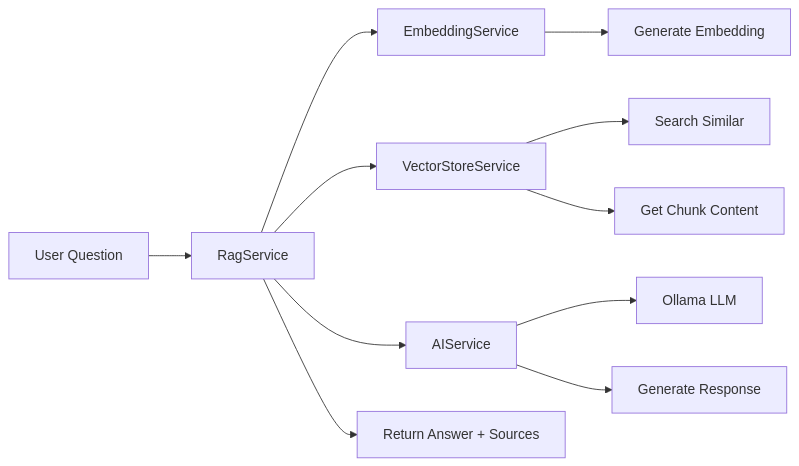
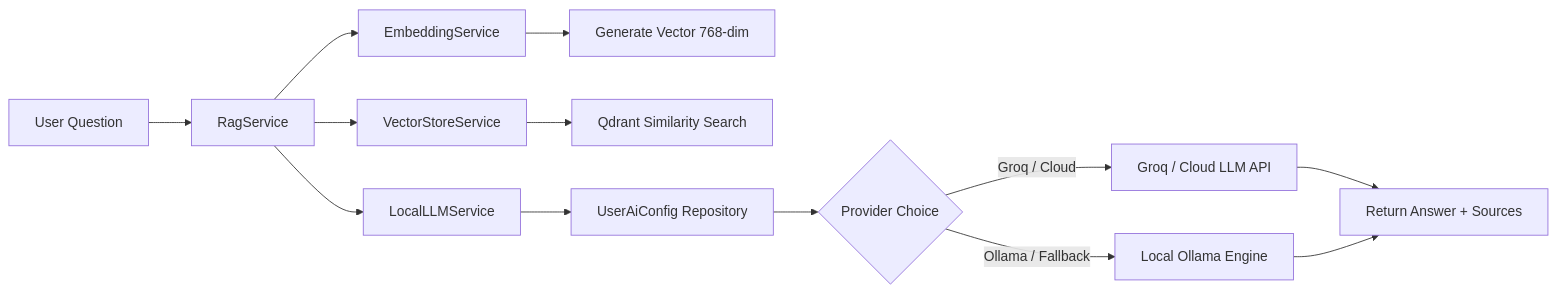
One commit to Dheerajdvn/AI-School-Management-System changed the third of 3 diagrams in Architecture.md. Above: the diagram before and after it, drawn with Mermaid. The commit also changed other lines of this file and 8 other files, not shown here.

````diff
--- a/Architecture.md
+++ b/Architecture.md
@@ -120,13 +100,15 @@
 ```mermaid
 flowchart LR
     A[User Question] --> B[RagService]
     B --> C[EmbeddingService]
-    C --> D[Generate Embedding]
+    C --> D[Generate Vector 768-dim]
     B --> E[VectorStoreService]
-    E --> F[Search Similar]
-    E --> G[Get Chunk Content]
-    B --> H[AIService]
-    H --> I[Ollama LLM]
-    H --> J[Generate Response]
-    B --> K[Return Answer + Sources]
+    E --> F[Qdrant Similarity Search]
+    B --> G[LocalLLMService]
+    G --> H[UserAiConfig Repository]
+    H --> I{Provider Choice}
+    I -->|Groq / Cloud| J[Groq / Cloud LLM API]
+    I -->|Ollama / Fallback| K[Local Ollama Engine]
+    J --> L[Return Answer + Sources]
+    K --> L[Return Answer + Sources]
 ```
````
